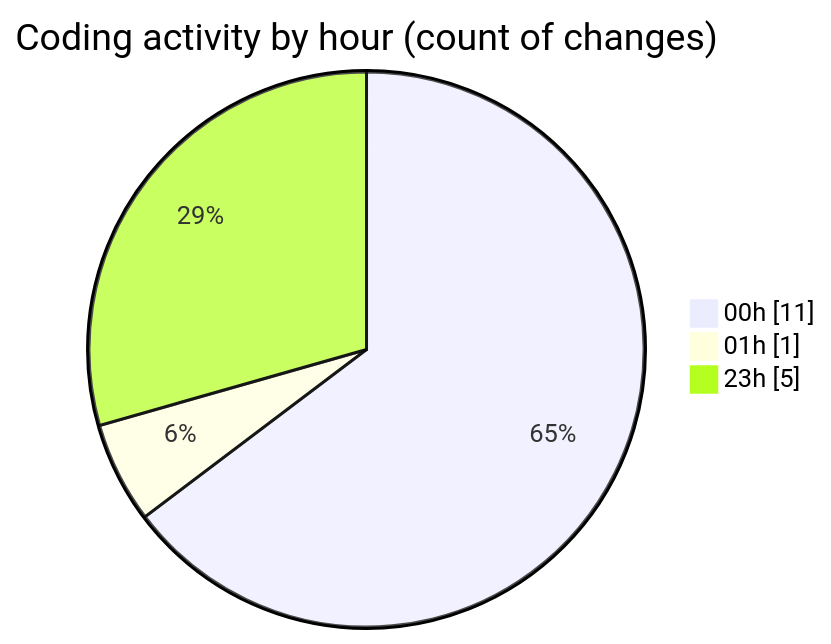
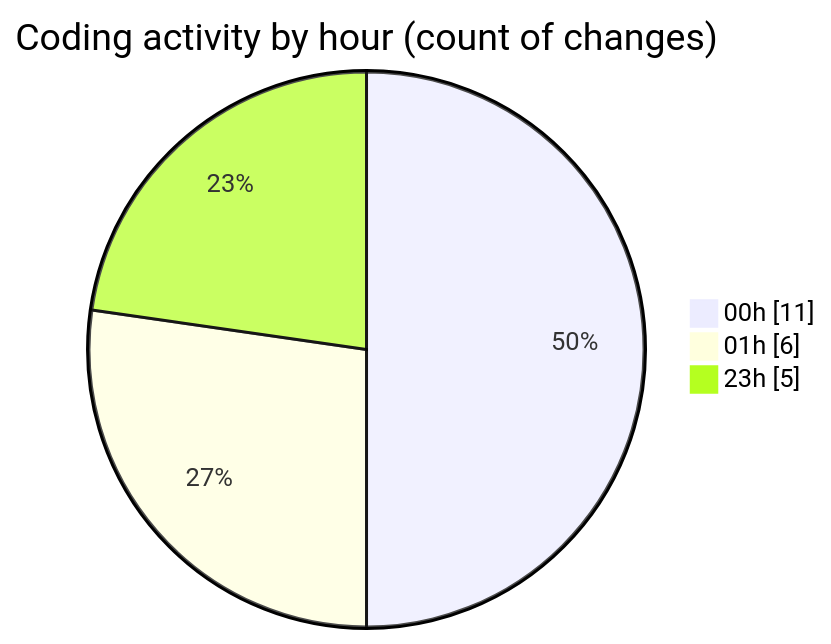
One commit to Elitesun/code-tracking changed the second of 2 diagrams in 2025-02-21/projet/README.md. Above: the diagram before and after it, drawn with Mermaid. The commit also changed other lines of this file and 1 other file, not shown here.

````diff
--- a/2025-02-21/projet/README.md
+++ b/2025-02-21/projet/README.md
@@ -32,7 +32,7 @@
 ```mermaid
 pie showData
 title Coding activity by hour (count of changes)
 "00h" : 11
-"01h" : 1
+"01h" : 6
 "23h" : 5
 ```
````
